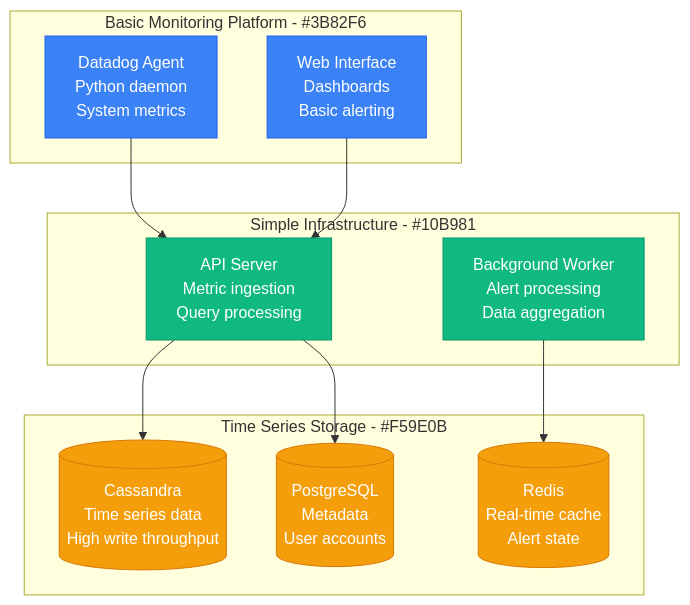
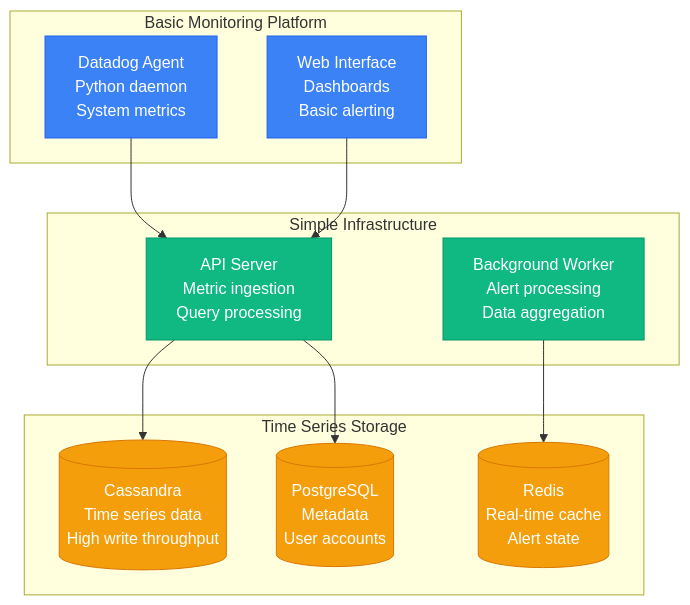
The first of 3 diagrams in site/docs/scaling/datadog-scale-evolution.md (deepaucksharma/DS), drawn with Mermaid before and after one commit. The commit also changed other lines of this file and 169 other files, not shown here.

````diff
--- a/site/docs/scaling/datadog-scale-evolution.md
+++ b/site/docs/scaling/datadog-scale-evolution.md
@@ -19,32 +19,32 @@
 ```mermaid
 graph TB
-    subgraph BasicMonitoring[Basic Monitoring Platform - #3B82F6]
+    subgraph BasicMonitoring["Basic Monitoring Platform"]
         AGENT[Datadog Agent<br/>Python daemon<br/>System metrics]
         WEB_UI[Web Interface<br/>Dashboards<br/>Basic alerting]
     end
 
-    subgraph SimpleInfra[Simple Infrastructure - #10B981]
+    subgraph SimpleInfra["Simple Infrastructure"]
         API_SERVER[API Server<br/>Metric ingestion<br/>Query processing]
         WORKER[Background Worker<br/>Alert processing<br/>Data aggregation]
     end
 
-    subgraph TimeSeriesData[Time Series Storage - #F59E0B]
+    subgraph TimeSeriesData["Time Series Storage"]
         CASSANDRA[(Cassandra<br/>Time series data<br/>High write throughput)]
         REDIS[(Redis<br/>Real-time cache<br/>Alert state)]
         POSTGRES[(PostgreSQL<br/>Metadata<br/>User accounts)]
     end
 
     AGENT --> API_SERVER
     WEB_UI --> API_SERVER
     API_SERVER --> CASSANDRA
     WORKER --> REDIS
     API_SERVER --> POSTGRES
 
     classDef monitoringStyle fill:#3B82F6,stroke:#2563EB,color:#fff
     classDef infraStyle fill:#10B981,stroke:#059669,color:#fff
     classDef dataStyle fill:#F59E0B,stroke:#D97706,color:#fff
 
     class AGENT,WEB_UI monitoringStyle
     class API_SERVER,WORKER infraStyle
     class CASSANDRA,REDIS,POSTGRES dataStyle
 ```
````
